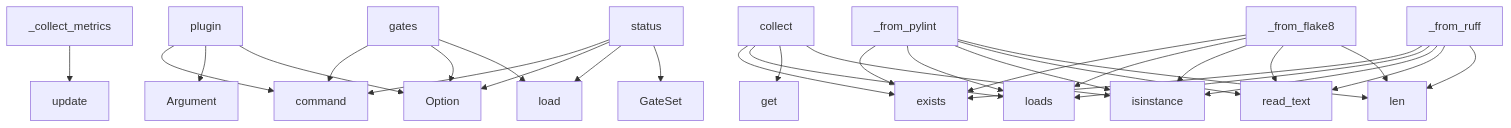
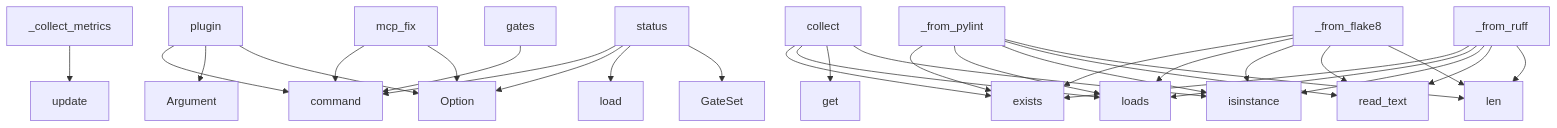
The diagram in project/context.md (semcod/pyqual), drawn with Mermaid before and after one commit. The commit also changed other lines of this file and 26 other files, not shown here.

````diff
--- a/project/context.md
+++ b/project/context.md
@@ -406,33 +413,33 @@
 ```mermaid
 graph TD
     plugin --> command
     plugin --> Argument
     plugin --> Option
+    mcp_fix --> command
+    mcp_fix --> Option
     _collect_metrics --> update
     collect --> exists
     collect --> loads
     collect --> get
     _from_pylint --> exists
     _from_pylint --> loads
     _from_pylint --> isinstance
     _from_pylint --> read_text
     _from_pylint --> len
     _from_flake8 --> exists
     _from_flake8 --> loads
     _from_flake8 --> isinstance
     _from_flake8 --> read_text
     _from_flake8 --> len
     _from_ruff --> exists
     _from_ruff --> loads
     _from_ruff --> isinstance
     _from_ruff --> read_text
     _from_ruff --> len
     collect --> isinstance
     status --> command
     status --> Option
     status --> load
     status --> GateSet
     gates --> command
-    gates --> Option
-    gates --> load
 ```
````
